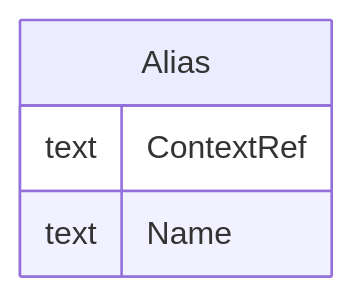
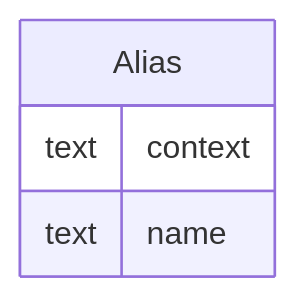
The diagram in docs/Alias.md (cdisc-org/DataExchange-ODM-LinkML), drawn with Mermaid before and after one commit. The commit also changed other lines of this file and 759 other files, not shown here.

````diff
--- a/docs/Alias.md
+++ b/docs/Alias.md
@@ -11,10 +11,10 @@
 ```mermaid
 erDiagram
 Alias {
-    text ContextRef  
-    text Name  
+    text context  
+    text name  
 }
 
 
 
 ```
````
